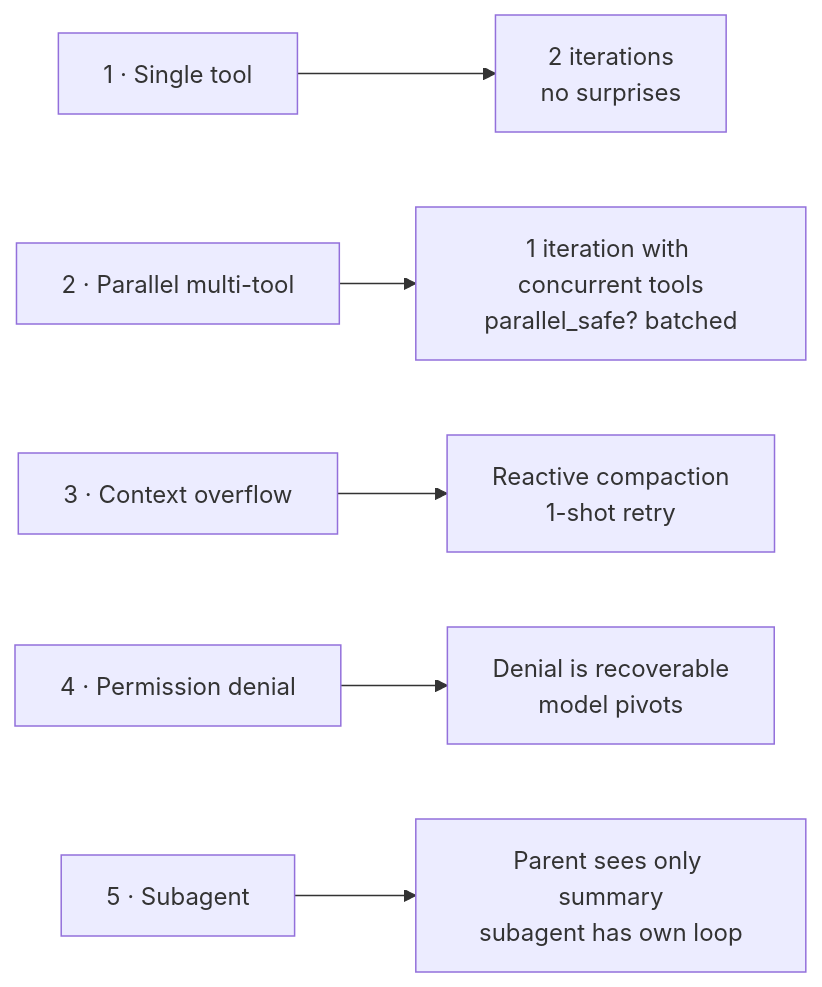
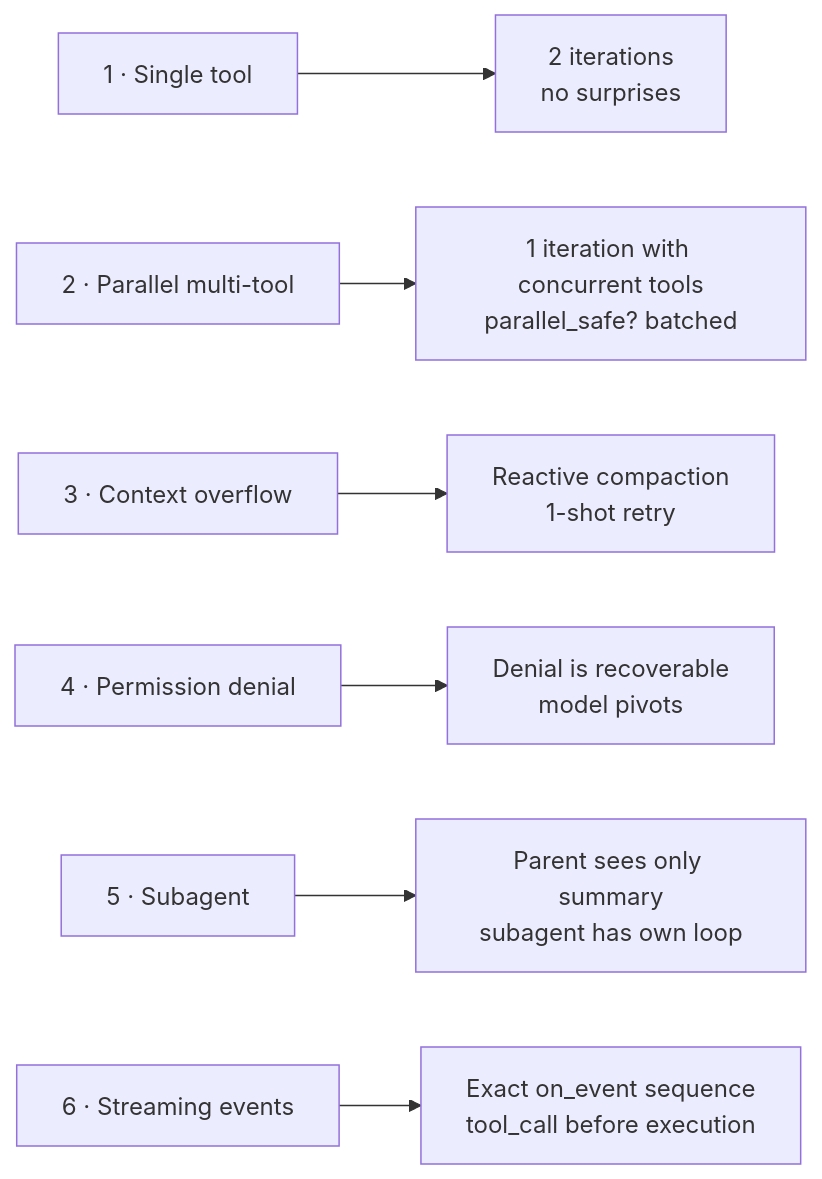
The sixth of 6 diagrams in docs/18-end-to-end-traces.md (Dodothereal/ex_athena), drawn with Mermaid before and after one commit. The commit also changed other lines of this file and 4 other files, not shown here.

````diff
--- a/docs/18-end-to-end-traces.md
+++ b/docs/18-end-to-end-traces.md
@@ -236,8 +280,9 @@
 ```mermaid
 flowchart LR
   T1[1 · Single tool] --> simple[2 iterations<br/>no surprises]
   T2[2 · Parallel multi-tool] --> conc[1 iteration with concurrent tools<br/>parallel_safe? batched]
   T3[3 · Context overflow] --> rec[Reactive compaction<br/>1-shot retry]
   T4[4 · Permission denial] --> resilient[Denial is recoverable<br/>model pivots]
   T5[5 · Subagent] --> compose[Parent sees only summary<br/>subagent has own loop]
+  T6[6 · Streaming events] --> host[Exact on_event sequence<br/>tool_call before execution]
 ```
````
